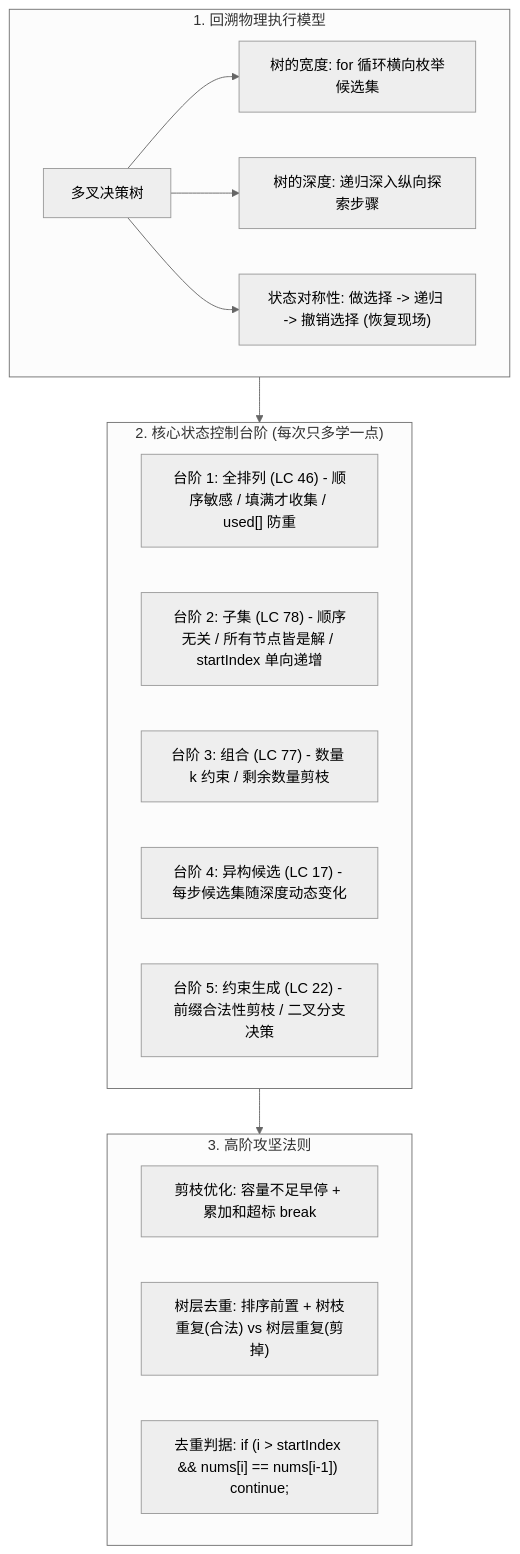
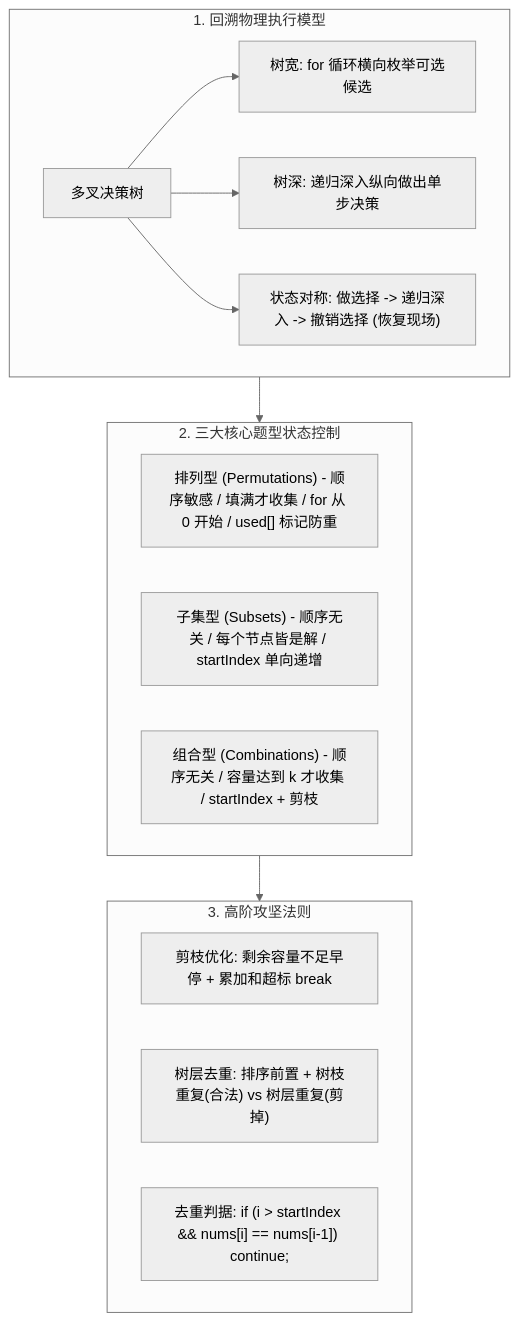
Before and after one commit to GuoWWWX/knowledge-base: the first of 2 diagrams in 30-算法与数据结构/02-算法思想/08-02-回溯算法.md, drawn with Mermaid (neutral theme). The commit also changed other lines of this file and 1 other file, not shown here.

````diff
--- a/30-算法与数据结构/02-算法思想/08-02-回溯算法.md
+++ b/30-算法与数据结构/02-算法思想/08-02-回溯算法.md
@@ -24,25 +24,23 @@
 ```mermaid
 flowchart TD
     subgraph CoreModel["1. 回溯物理执行模型"]
-        A["多叉决策树"] --> B["树的宽度: for 循环横向枚举候选集"]
-        A --> C["树的深度: 递归深入纵向探索步骤"]
-        A --> D["状态对称性: 做选择 -> 递归 -> 撤销选择 (恢复现场)"]
+        A["多叉决策树"] --> B["树宽: for 循环横向枚举可选候选"]
+        A --> C["树深: 递归深入纵向做出单步决策"]
+        A --> D["状态对称: 做选择 -> 递归深入 -> 撤销选择 (恢复现场)"]
     end
 
-    subgraph ProblemTypes["2. 核心状态控制台阶 (每次只多学一点)"]
-        T1["台阶 1: 全排列 (LC 46) - 顺序敏感 / 填满才收集 / used[] 防重"]
-        T2["台阶 2: 子集 (LC 78) - 顺序无关 / 所有节点皆是解 / startIndex 单向递增"]
-        T3["台阶 3: 组合 (LC 77) - 数量 k 约束 / 剩余数量剪枝"]
-        T4["台阶 4: 异构候选 (LC 17) - 每步候选集随深度动态变化"]
-        T5["台阶 5: 约束生成 (LC 22) - 前缀合法性剪枝 / 二叉分支决策"]
+    subgraph ProblemTypes["2. 三大核心题型状态控制"]
+        T1["排列型 (Permutations) - 顺序敏感 / 填满才收集 / for 从 0 开始 / used[] 标记防重"]
+        T2["子集型 (Subsets) - 顺序无关 / 每个节点皆是解 / startIndex 单向递增"]
+        T3["组合型 (Combinations) - 顺序无关 / 容量达到 k 才收集 / startIndex + 剪枝"]
     end
 
     subgraph Advanced["3. 高阶攻坚法则"]
-        P1["剪枝优化: 容量不足早停 + 累加和超标 break"]
+        P1["剪枝优化: 剩余容量不足早停 + 累加和超标 break"]
         P2["树层去重: 排序前置 + 树枝重复(合法) vs 树层重复(剪掉)"]
         P3["去重判据: if (i > startIndex && nums[i] == nums[i-1]) continue;"]
     end
 
     CoreModel --> ProblemTypes
     ProblemTypes --> Advanced
 ```
````
